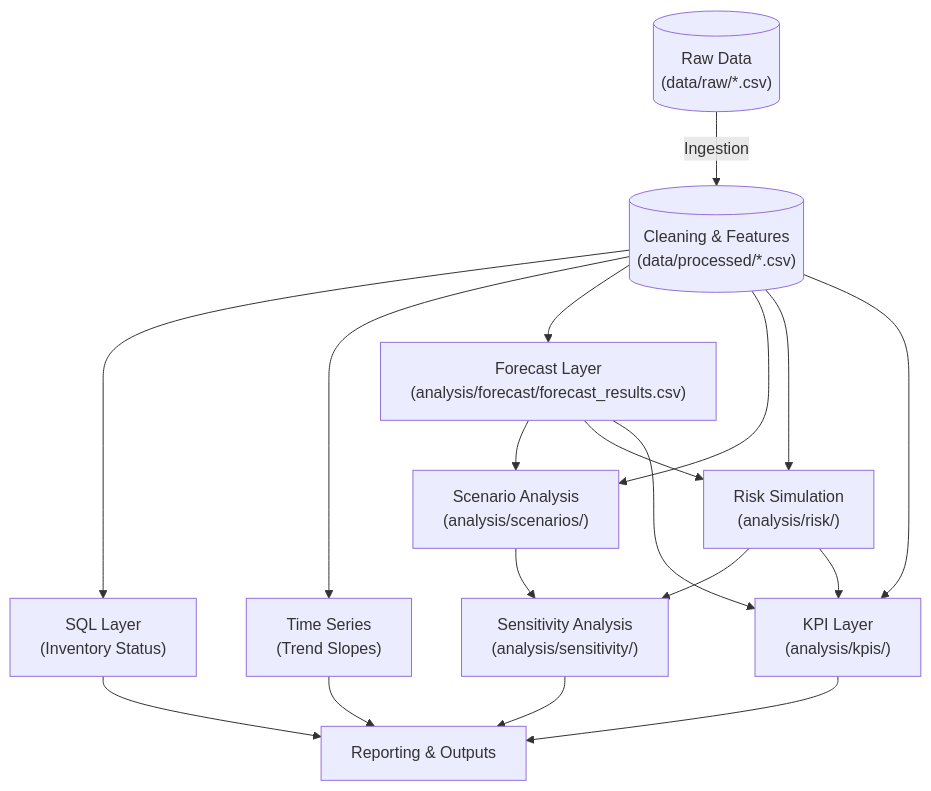
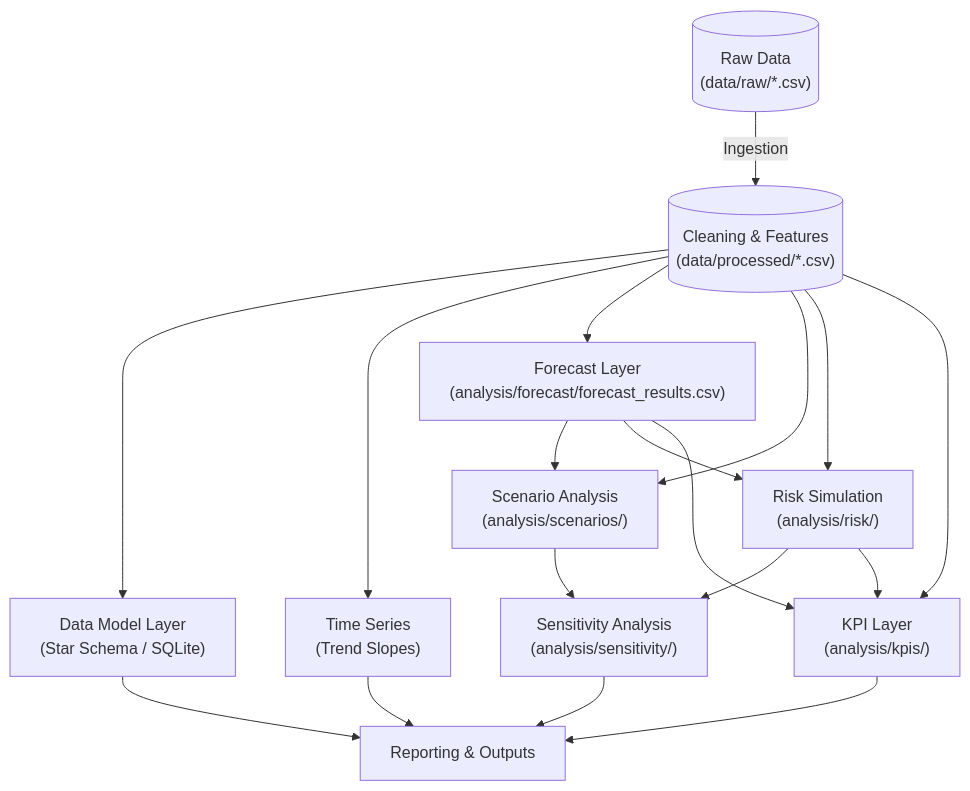
The diagram in dss_sales_inventory/README.md (MarwanSaad20/DATA_ANALYSIS), drawn with Mermaid before and after one commit. The commit also changed other lines of this file and 12 other files, not shown here.

Commit message:
Update: Added Week 10  Data Modeling Layer (Star Schema, Surrogate Keys, ERD, Grain Protection)

````diff
--- a/dss_sales_inventory/README.md
+++ b/dss_sales_inventory/README.md
@@ -129,46 +135,47 @@
 ```mermaid
 graph TD
     %% Nodes
     RAW[("Raw Data<br/>(data/raw/*.csv)")]
     CLEAN[("Cleaning & Features<br/>(data/processed/*.csv)")]
     
-    SQL["SQL Layer<br/>(Inventory Status)"]
+    MODEL["Data Model Layer<br/>(Star Schema / SQLite)"]
+    
     TS["Time Series<br/>(Trend Slopes)"]
     FC["Forecast Layer<br/>(analysis/forecast/forecast_results.csv)"]
     
     SCEN["Scenario Analysis<br/>(analysis/scenarios/)"]
     RISK["Risk Simulation<br/>(analysis/risk/)"]
     SENS["Sensitivity Analysis<br/>(analysis/sensitivity/)"]
     KPI["KPI Layer<br/>(analysis/kpis/)"]
     
     REPORT["Reporting & Outputs"]
 
     %% Flow
     RAW --> |Ingestion| CLEAN
-    CLEAN --> SQL
+    CLEAN --> MODEL
     CLEAN --> TS
     CLEAN --> FC
     
     %% Dependencies
     FC --> SCEN
     CLEAN --> SCEN
     
     FC --> RISK
     CLEAN --> RISK
     
     %% Advanced Analysis
     RISK --> SENS
     SCEN --> SENS
     
     %% KPI Integration
     CLEAN --> KPI
     FC --> KPI
     RISK --> KPI
     
     %% Reporting
-    SQL --> REPORT
+    MODEL --> REPORT
     TS --> REPORT
     SENS --> REPORT
     KPI --> REPORT
 
 ```
````
